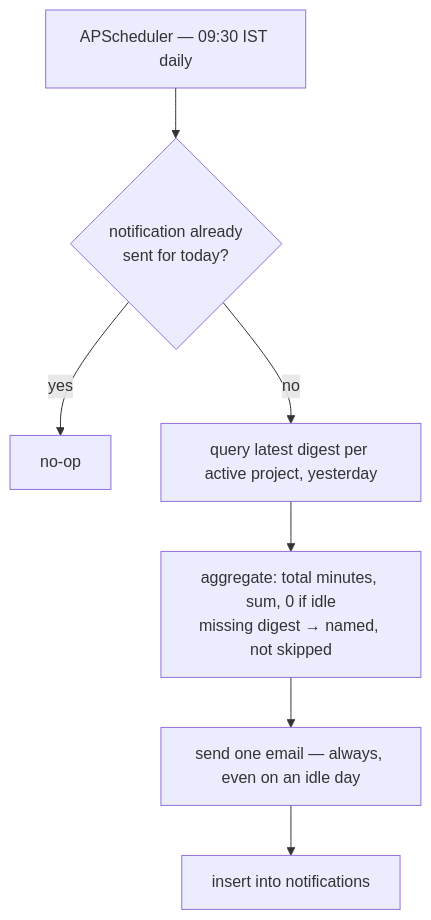
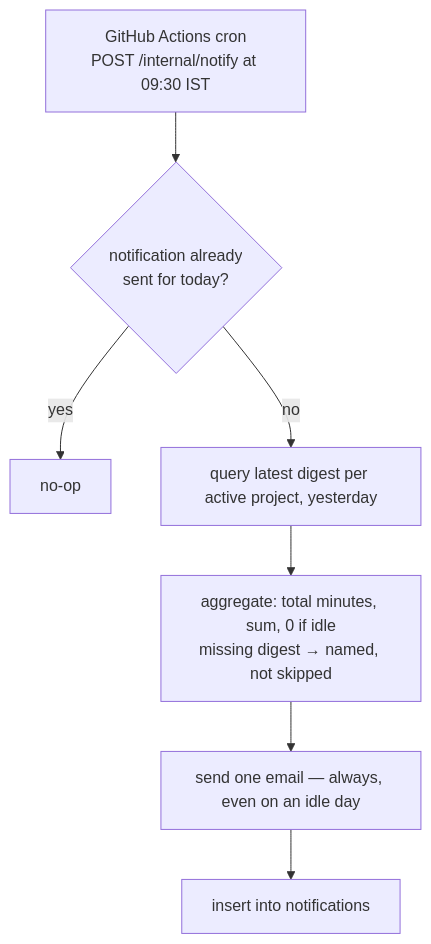
The fifth of 5 diagrams in README.md (Kartikgarg74/task-manager), drawn with Mermaid before and after one commit. The commit also changed other lines of this file and 11 other files, not shown here.

````diff
--- a/README.md
+++ b/README.md
@@ -264,9 +268,9 @@
 ```mermaid
 flowchart TD
-    A["APScheduler — 09:30 IST daily"] --> B{"notification already<br/>sent for today?"}
+    A["GitHub Actions cron<br/>POST /internal/notify at 09:30 IST"] --> B{"notification already<br/>sent for today?"}
     B -- yes --> C["no-op"]
     B -- no --> D["query latest digest per active project, yesterday"]
     D --> E["aggregate: total minutes, sum, 0 if idle<br/>missing digest &rarr; named, not skipped"]
     E --> F["send one email — always, even on an idle day"]
     F --> G["insert into notifications"]
 ```
````
